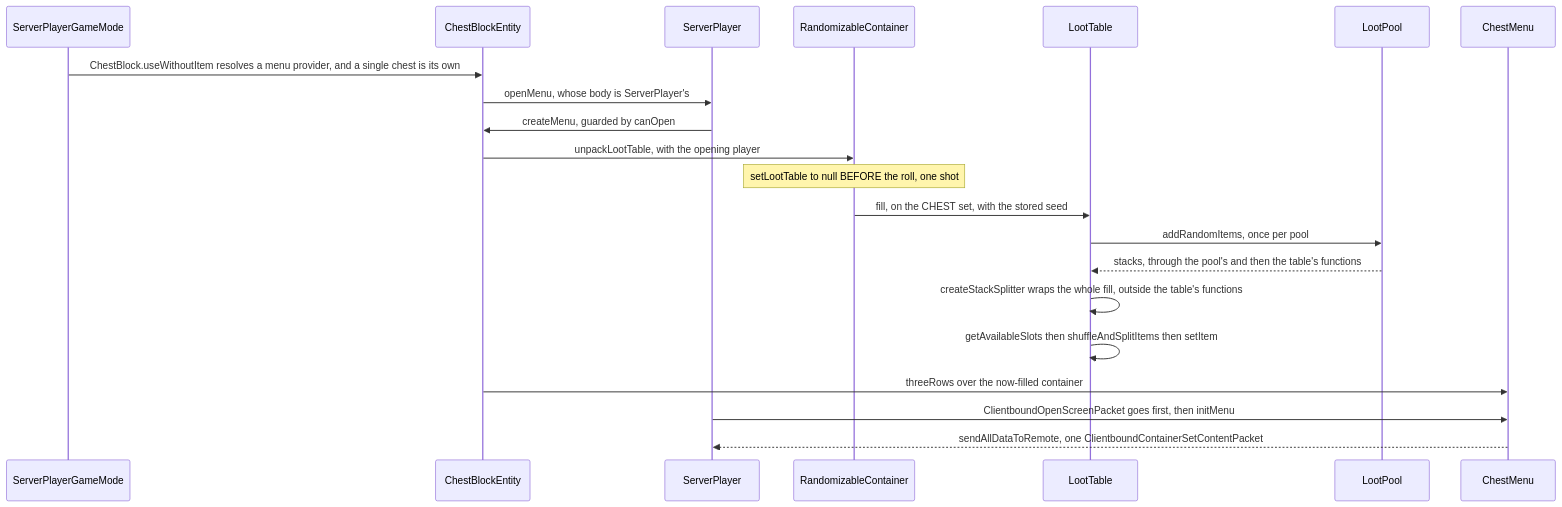
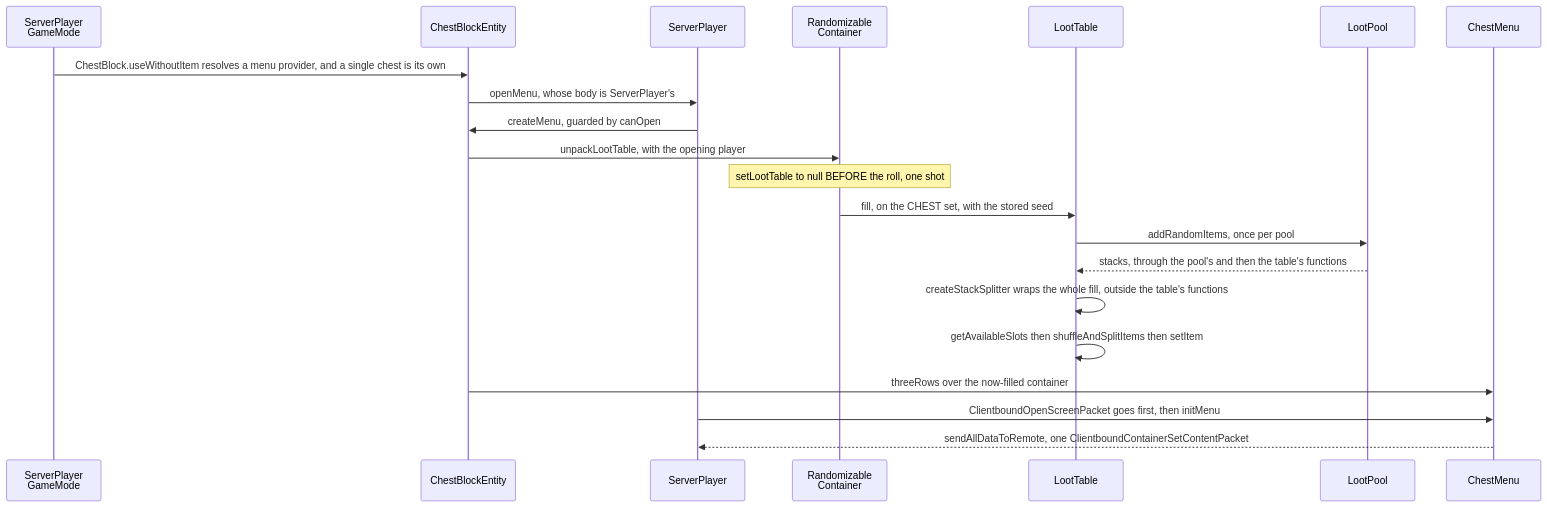
The first of 2 diagrams in src/systems/items/loot-tables.md (AlexanderjFraser/MinecraftDocs), drawn with Mermaid before and after one commit. The commit also changed 68 other files, not shown here.

````diff
--- a/src/systems/items/loot-tables.md
+++ b/src/systems/items/loot-tables.md
@@ -109,24 +109,24 @@
 ```mermaid
 sequenceDiagram
-    participant SPGM as ServerPlayerGameMode
+    participant SPGM as ServerPlayer<br/>GameMode
     participant CBE as ChestBlockEntity
     participant SP as ServerPlayer
-    participant RCont as RandomizableContainer
+    participant RCont as Randomizable<br/>Container
     participant LT as LootTable
     participant LPool as LootPool
     participant ChestM as ChestMenu
 
     SPGM->>CBE: ChestBlock.useWithoutItem resolves a menu provider, and a single chest is its own
     CBE->>SP: openMenu, whose body is ServerPlayer's
     SP->>CBE: createMenu, guarded by canOpen
     CBE->>RCont: unpackLootTable, with the opening player
     Note over RCont: setLootTable to null BEFORE the roll, one shot
     RCont->>LT: fill, on the CHEST set, with the stored seed
     LT->>LPool: addRandomItems, once per pool
     LPool-->>LT: stacks, through the pool's and then the table's functions
     LT->>LT: createStackSplitter wraps the whole fill, outside the table's functions
     LT->>LT: getAvailableSlots then shuffleAndSplitItems then setItem
     CBE->>ChestM: threeRows over the now-filled container
     SP->>ChestM: ClientboundOpenScreenPacket goes first, then initMenu
     ChestM-->>SP: sendAllDataToRemote, one ClientboundContainerSetContentPacket
 ```
````
